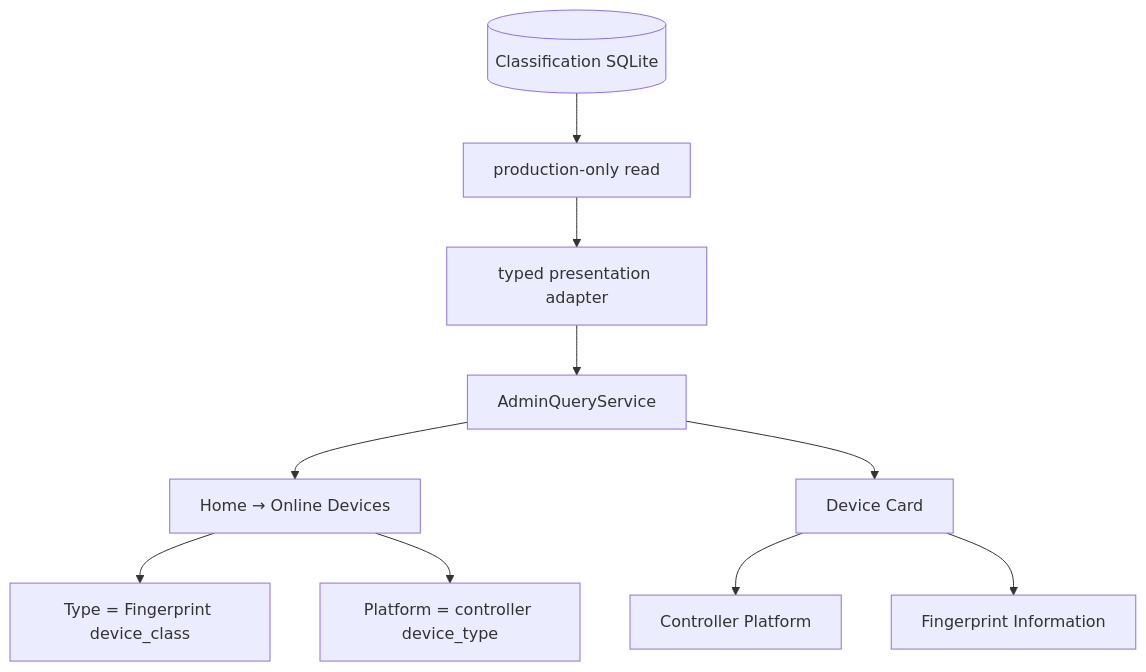
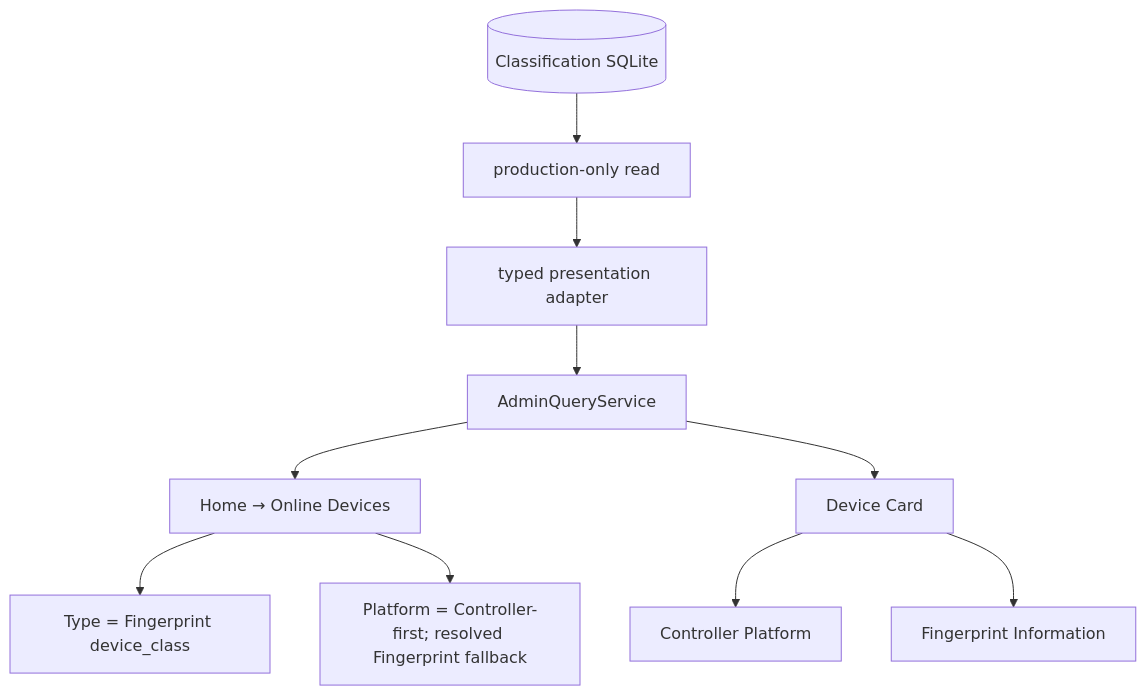
Diagram 14 of 35 in README.md (ZaurNavi/CaptivePortal), drawn with Mermaid before and after one commit. The commit also changed other lines of this file and 13 other files, not shown here.

````diff
--- a/README.md
+++ b/README.md
@@ -700,14 +700,14 @@
 ```mermaid
 flowchart TD
     DB[(Classification SQLite)] --> PR[production-only read]
     PR --> PA[typed presentation adapter]
     PA --> AQ[AdminQueryService]
     AQ --> H[Home → Online Devices]
     AQ --> D[Device Card]
 
     H --> HT["Type = Fingerprint device_class"]
-    H --> HP["Platform = controller device_type"]
+    H --> HP["Platform = Controller-first; resolved Fingerprint fallback"]
 
     D --> CP["Controller Platform"]
     D --> FI["Fingerprint Information"]
 ```
````
